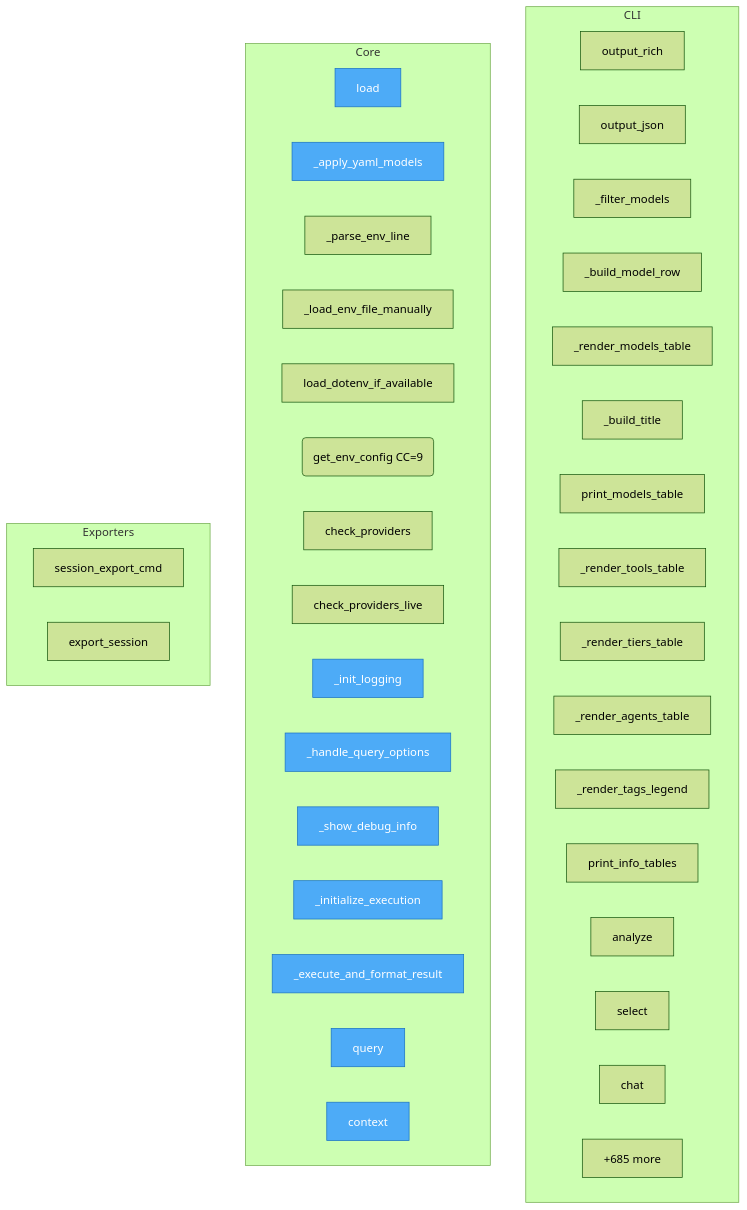
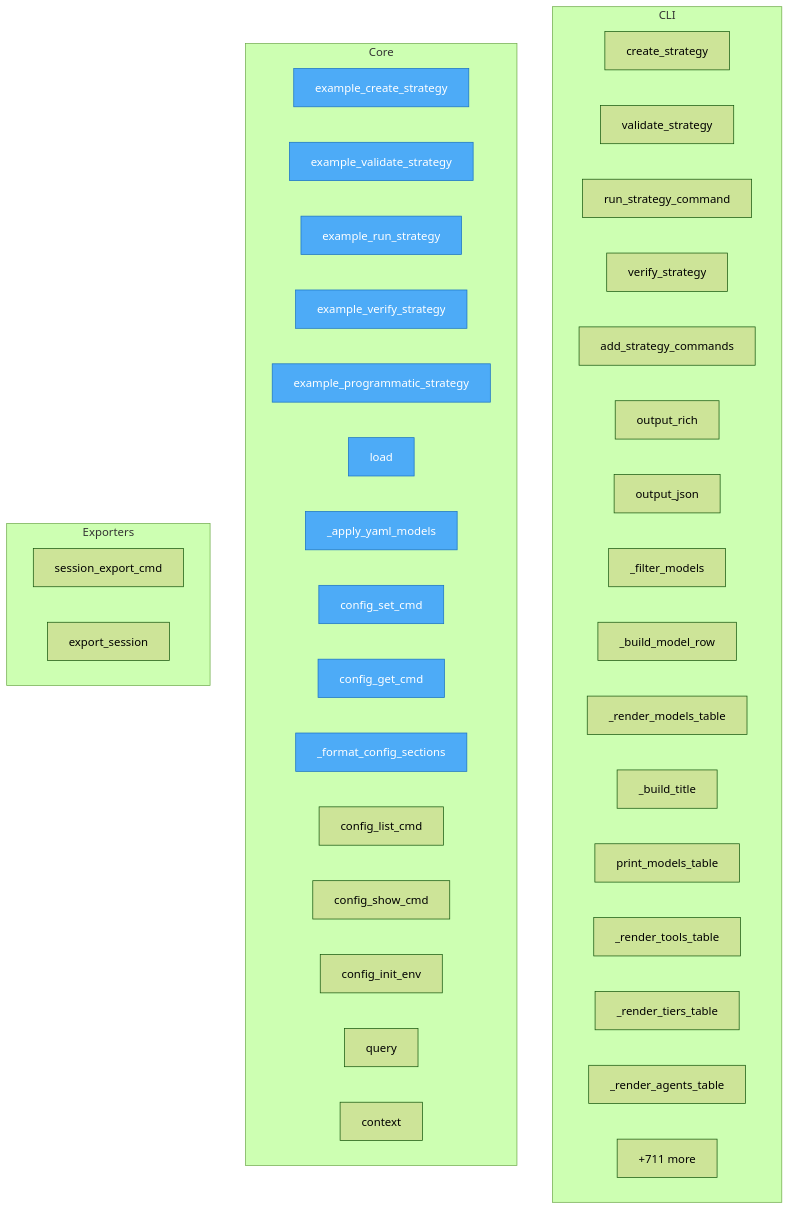
Before and after one commit to semcod/llx: the diagram in project/flow.mmd, drawn with Mermaid (forest theme). The commit also changed 31 other files, not shown here.

```diff
--- a/project/flow.mmd
+++ b/project/flow.mmd
@@ -1,49 +1,49 @@
 flowchart TD
 
     %% Entry points (blue)
     classDef entry fill:#4dabf7,stroke:#1971c2,color:#fff
 
     subgraph CLI
+        llx__cli__strategy_commands__create_strategy["create_strategy"]
+        llx__cli__strategy_commands__validate_strategy["validate_strategy"]
+        llx__cli__strategy_commands__run_strategy_command["run_strategy_command"]
+        llx__cli__strategy_commands__verify_strategy["verify_strategy"]
+        llx__cli__strategy_commands__add_strategy_commands["add_strategy_commands"]
         llx__cli__formatters__output_rich["output_rich"]
         llx__cli__formatters__output_json["output_json"]
         llx__cli__formatters___filter_models["_filter_models"]
         llx__cli__formatters___build_model_row["_build_model_row"]
         llx__cli__formatters___render_models_table["_render_models_table"]
         llx__cli__formatters___build_title["_build_title"]
         llx__cli__formatters__print_models_table["print_models_table"]
         llx__cli__formatters___render_tools_table["_render_tools_table"]
         llx__cli__formatters___render_tiers_table["_render_tiers_table"]
         llx__cli__formatters___render_agents_table["_render_agents_table"]
-        llx__cli__formatters___render_tags_legend["_render_tags_legend"]
-        llx__cli__formatters__print_info_tables["print_info_tables"]
-        llx__cli__app__analyze["analyze"]
-        llx__cli__app__select["select"]
-        llx__cli__app__chat["chat"]
-        ...["+11 more"]
+        ...["+19 more"]
     end
 
     subgraph Core
+        llx__strategy__examples__example_create_strategy["example_create_strategy"]
+        llx__strategy__examples__example_validate_strategy["example_validate_strategy"]
+        llx__strategy__examples__example_run_strategy["example_run_strategy"]
+        llx__strategy__examples__example_verify_strategy["example_verify_strategy"]
+        llx__strategy__examples__example_programmatic_strategy["example_programmatic_strategy"]
         llx__config__LlxConfig__load["load"]
         llx__config___apply_yaml_models["_apply_yaml_models"]
-        llx__prellm__env_config___parse_env_line["_parse_env_line"]
-        llx__prellm__env_config___load_env_file_manually["_load_env_file_manually"]
-        llx__prellm__env_config__load_dotenv_if_available["load_dotenv_if_available"]
-        llx__prellm__env_config__get_env_config("get_env_config CC=9")
-        llx__prellm__env_config__check_providers["check_providers"]
-        llx__prellm__env_config__check_providers_live["check_providers_live"]
-        llx__prellm__cli___init_logging["_init_logging"]
-        llx__prellm__cli___handle_query_options["_handle_query_options"]
-        llx__prellm__cli___show_debug_info["_show_debug_info"]
-        llx__prellm__cli___initialize_execution["_initialize_execution"]
-        llx__prellm__cli___execute_and_format_result["_execute_and_format_result"]
+        llx__prellm__cli_config__config_set_cmd["config_set_cmd"]
+        llx__prellm__cli_config__config_get_cmd["config_get_cmd"]
+        llx__prellm__cli_config___format_config_sections["_format_config_sections"]
+        llx__prellm__cli_config__config_list_cmd["config_list_cmd"]
+        llx__prellm__cli_config__config_show_cmd["config_show_cmd"]
+        llx__prellm__cli_config__config_init_env["config_init_env"]
         llx__prellm__cli__query["query"]
         llx__prellm__cli__context["context"]
-        ...["+685 more"]
+        ...["+711 more"]
     end
 
     subgraph Exporters
         llx__prellm__cli__session_export_cmd["session_export_cmd"]
         llx__prellm__context__user_memory__UserMemory__export_session["export_session"]
     end
 
-    class llx__config__LlxConfig__load,llx__config___apply_yaml_models,llx__prellm__cli___init_logging,llx__prellm__cli___handle_query_options,llx__prellm__cli___show_debug_info,llx__prellm__cli___initialize_execution,llx__prellm__cli___execute_and_format_result,llx__prellm__cli__query,llx__prellm__cli__context,llx__prellm__cli__process entry
+    class llx__strategy__examples__example_create_strategy,llx__strategy__examples__example_validate_strategy,llx__strategy__examples__example_run_strategy,llx__strategy__examples__example_verify_strategy,llx__strategy__examples__example_programmatic_strategy,llx__config__LlxConfig__load,llx__config___apply_yaml_models,llx__prellm__cli_config__config_set_cmd,llx__prellm__cli_config__config_get_cmd,llx__prellm__cli_config___format_config_sections entry
```
